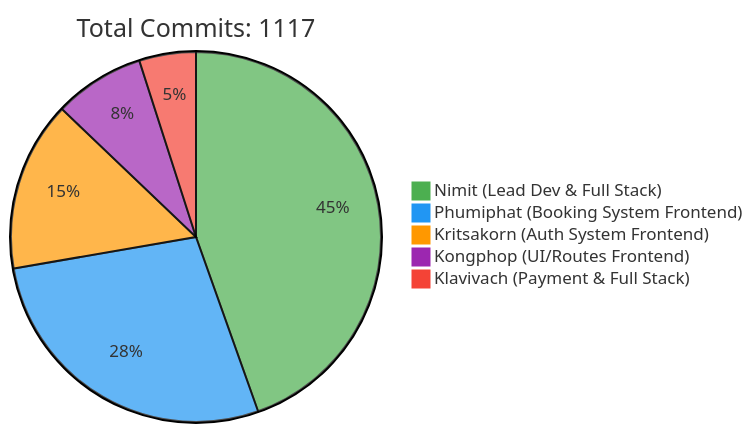
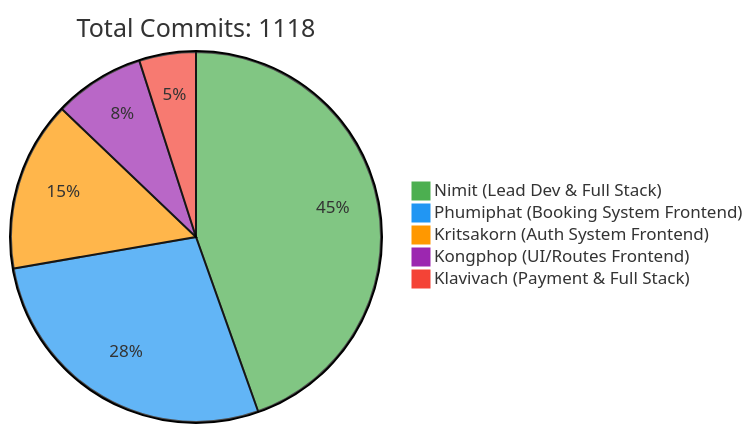
One commit to 6531503042/Sport-Complex changed the first of 2 diagrams in README.md. Above: the diagram before and after it, drawn with Mermaid. The commit also changed other lines of this file, not shown here.

Commit message:
docs: Update contributor statistics [skip ci]

````diff
--- a/README.md
+++ b/README.md
@@ -257,10 +257,10 @@
 ```mermaid
 %%{init: {'theme': 'base', 'themeVariables': { 'pie1': '#4CAF50', 'pie2': '#2196F3', 'pie3': '#FF9800', 'pie4': '#9C27B0', 'pie5': '#F44336'}}}%%
 pie
-    title Total Commits: 1117
+    title Total Commits: 1118
     "Nimit (Lead Dev & Full Stack)" : 450
     "Phumiphat (Booking System Frontend)" : 280
     "Kritsakorn (Auth System Frontend)" : 150
     "Kongphop (UI/Routes Frontend)" : 80
     "Klavivach (Payment & Full Stack)" : 50
 ```
````
